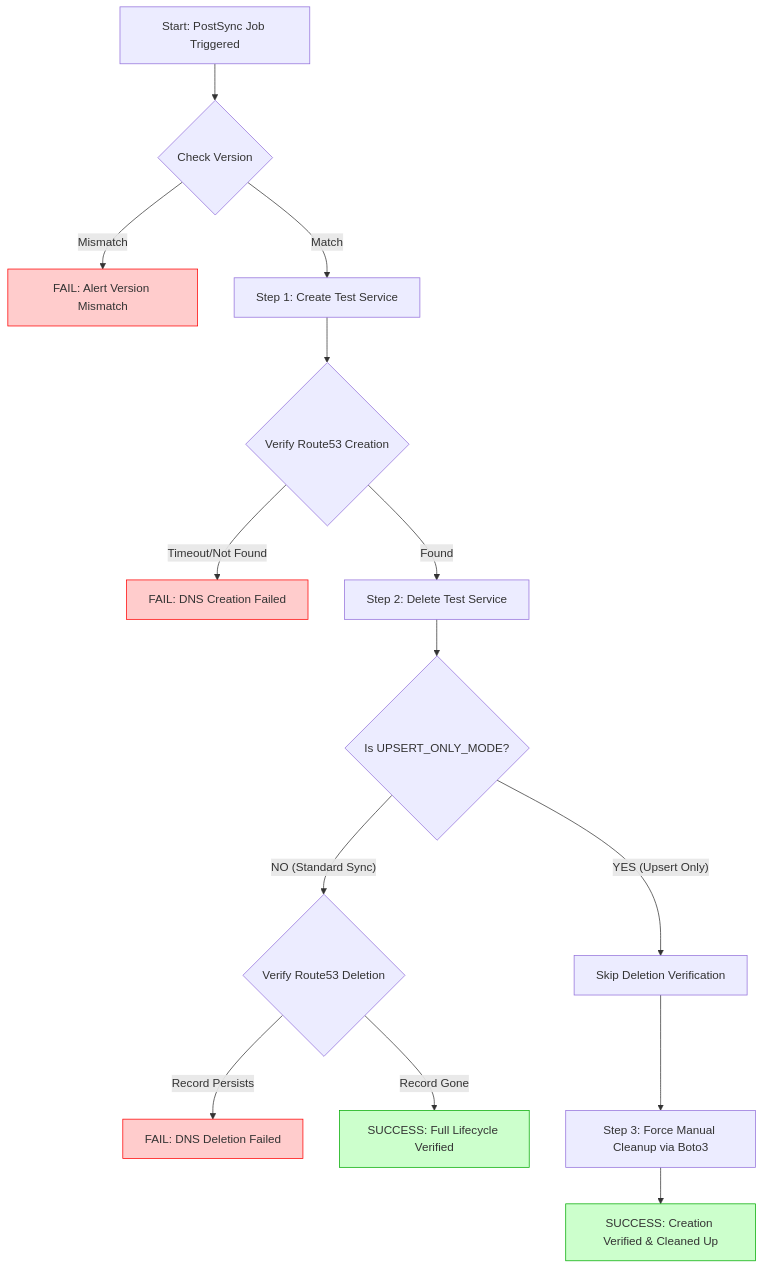
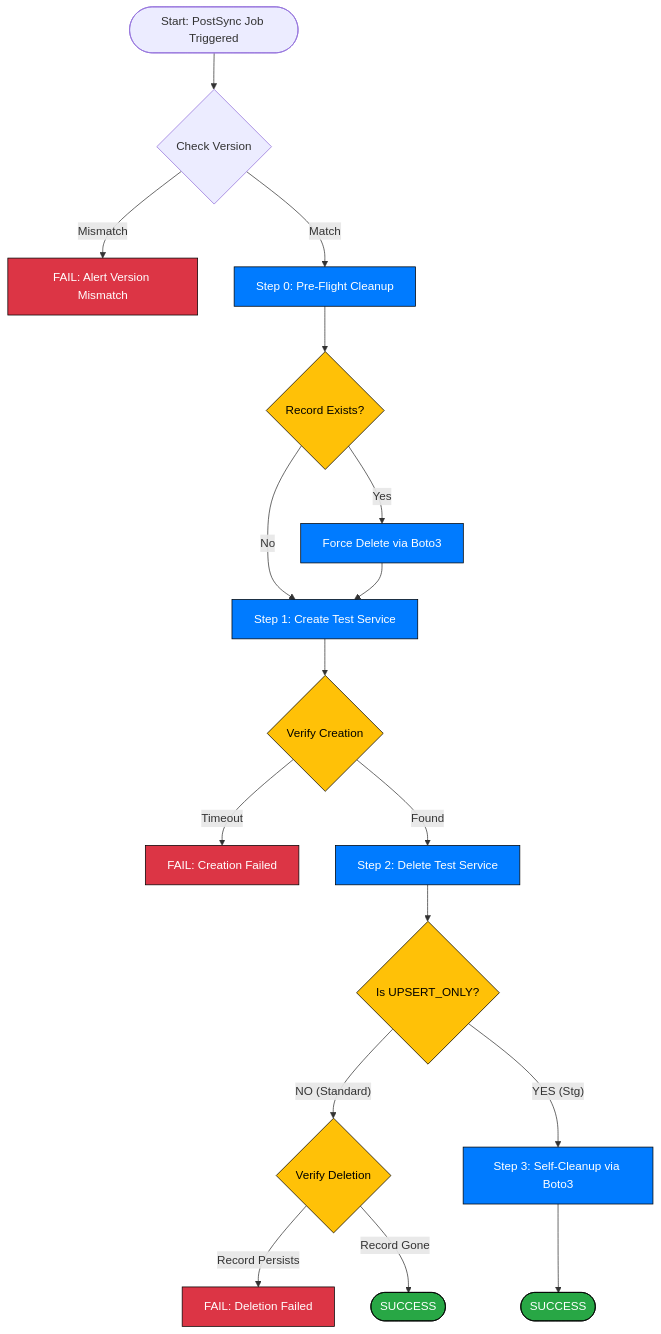
Before and after one commit to andy145155/shared: the diagram in runbook.md, drawn with Mermaid. The commit also changed other lines of this file, not shown here.

````diff
--- a/runbook.md
+++ b/runbook.md
@@ -13,27 +56,31 @@
 ```mermaid
 flowchart TD
-    A[Start: PostSync Job Triggered] --> B{Check Version}
-    B -- Mismatch --> C[FAIL: Alert Version Mismatch]
-    B -- Match --> D[Step 1: Create Test Service]
+    %% High Contrast Styles
+    classDef success fill:#28a745,stroke:#000,stroke-width:1px,color:#fff;
+    classDef fail fill:#dc3545,stroke:#000,stroke-width:1px,color:#fff;
+    classDef process fill:#007bff,stroke:#000,stroke-width:1px,color:#fff;
+    classDef decision fill:#ffc107,stroke:#000,stroke-width:1px,color:#000;
+
+    A([Start: PostSync Job Triggered]) --> B{Check Version}
+    B -- Mismatch --> C[FAIL: Alert Version Mismatch]:::fail
+    B -- Match --> D[Step 0: Pre-Flight Cleanup]:::process
     
-    D --> E{Verify Route53 Creation}
-    E -- Timeout/Not Found --> F[FAIL: DNS Creation Failed]
-    E -- Found --> G[Step 2: Delete Test Service]
+    D --> D1{Record Exists?}:::decision
+    D1 -- Yes --> D2[Force Delete via Boto3]:::process
+    D1 -- No --> E[Step 1: Create Test Service]:::process
+    D2 --> E
+
+    E --> F{Verify Creation}:::decision
+    F -- Timeout --> G[FAIL: Creation Failed]:::fail
+    F -- Found --> H[Step 2: Delete Test Service]:::process
     
-    G --> H{Is UPSERT_ONLY_MODE?}
+    H --> I{Is UPSERT_ONLY?}:::decision
     
-    H -- NO (Standard Sync) --> I{Verify Route53 Deletion}
-    I -- Record Persists --> J[FAIL: DNS Deletion Failed]
-    I -- Record Gone --> K[SUCCESS: Full Lifecycle Verified]
+    I -- NO (Standard) --> J{Verify Deletion}:::decision
+    J -- Record Persists --> K[FAIL: Deletion Failed]:::fail
+    J -- Record Gone --> L([SUCCESS]):::success
     
-    H -- YES (Upsert Only) --> L[Skip Deletion Verification]
-    L --> M[Step 3: Force Manual Cleanup via Boto3]
-    M --> N[SUCCESS: Creation Verified & Cleaned Up]
-    
-    style C fill:#ffcccc,stroke:#ff0000
-    style F fill:#ffcccc,stroke:#ff0000
-    style J fill:#ffcccc,stroke:#ff0000
-    style K fill:#ccffcc,stroke:#00aa00
-    style N fill:#ccffcc,stroke:#00aa00
+    I -- YES (Stg) --> M[Step 3: Self-Cleanup via Boto3]:::process
+    M --> N([SUCCESS]):::success
 
 ```
````
